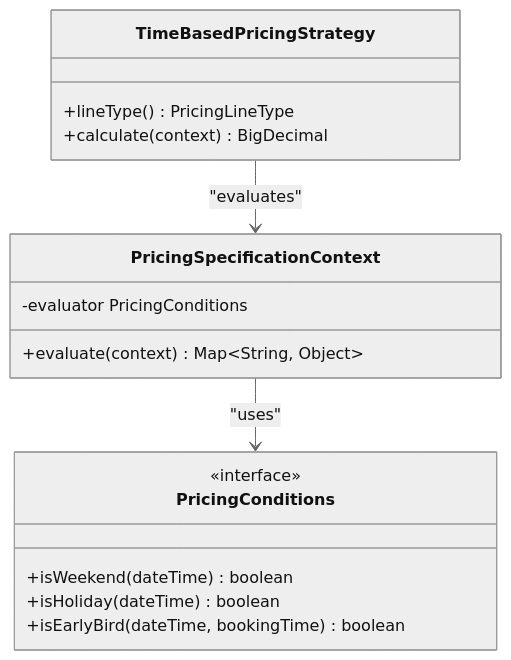
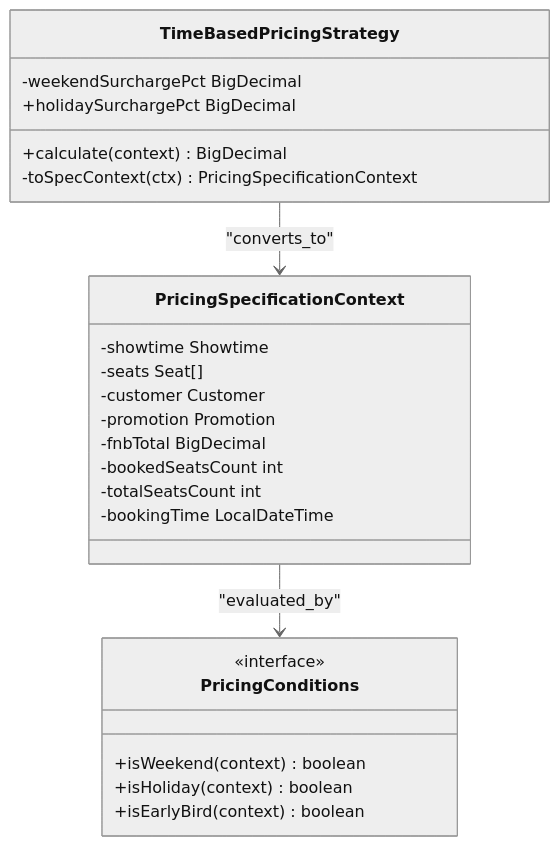
One commit to anhtudayne/Design_Pattern changed the sixth of 8 diagrams in .qoder/repowiki/en/content/Design Patterns Implementation/Dynamic Pricing Engine.md. Above: the diagram before and after it, drawn with Mermaid (neutral theme). The commit also changed other lines of this file and 10 other files, not shown here.

````diff
--- a/.qoder/repowiki/en/content/Design Patterns Implementation/Dynamic Pricing Engine.md
+++ b/.qoder/repowiki/en/content/Design Patterns Implementation/Dynamic Pricing Engine.md
@@ -442,19 +331,27 @@
 ```mermaid
 classDiagram
+class PricingSpecificationContext {
+-showtime Showtime
+-seats Seat[]
+-customer Customer
+-promotion Promotion
+-fnbTotal BigDecimal
+-bookedSeatsCount int
+-totalSeatsCount int
+-bookingTime LocalDateTime
+}
 class PricingConditions {
 <<interface>>
-+isWeekend(dateTime) boolean
-+isHoliday(dateTime) boolean
-+isEarlyBird(dateTime, bookingTime) boolean
-}
-class PricingSpecificationContext {
--evaluator PricingConditions
-+evaluate(context) Map~String, Object~
++isWeekend(context) boolean
++isHoliday(context) boolean
++isEarlyBird(context) boolean
 }
 class TimeBasedPricingStrategy {
-+lineType() PricingLineType
+-weekendSurchargePct BigDecimal
++holidaySurchargePct BigDecimal
 +calculate(context) BigDecimal
+-toSpecContext(ctx) PricingSpecificationContext
 }
-PricingSpecificationContext --> PricingConditions : "uses"
-TimeBasedPricingStrategy --> PricingSpecificationContext : "evaluates"
+PricingSpecificationContext --> PricingConditions : "evaluated_by"
+TimeBasedPricingStrategy --> PricingSpecificationContext : "converts_to"
 ```
````
